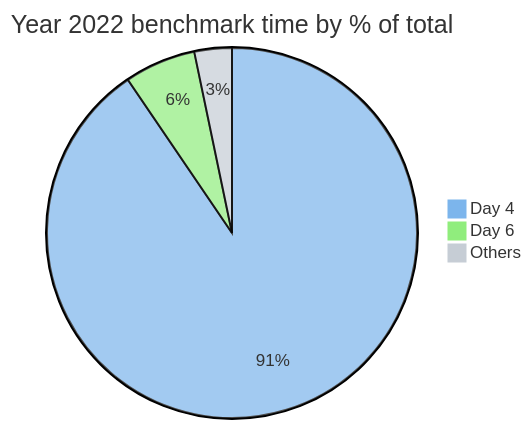
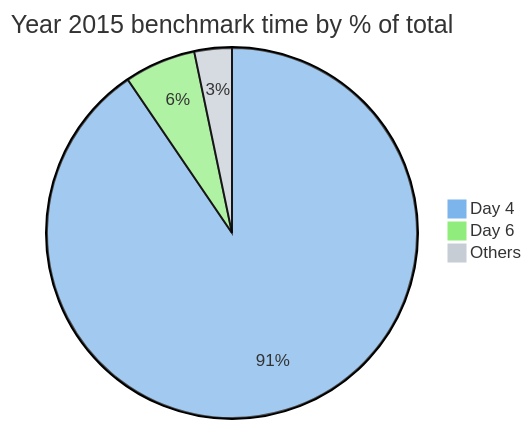
The sixth of 6 diagrams in README.md (maneatingape/advent-of-code-rust), drawn with Mermaid before and after one commit. The commit also changed other lines of this file, not shown here.

````diff
--- a/README.md
+++ b/README.md
@@ -251,8 +251,8 @@
 ```mermaid
 %%{init: {'theme': 'base', 'themeVariables': { 'pie1': '#7cb5ec', 'pie2': '#90ed7d', 'pie3': '#c6cdd5'}}}%%
 pie
-    title Year 2022 benchmark time by % of total
+    title Year 2015 benchmark time by % of total
     "Day 4" : 84000
     "Day 6" : 5780
     "Others" : 3037
 ```
````
